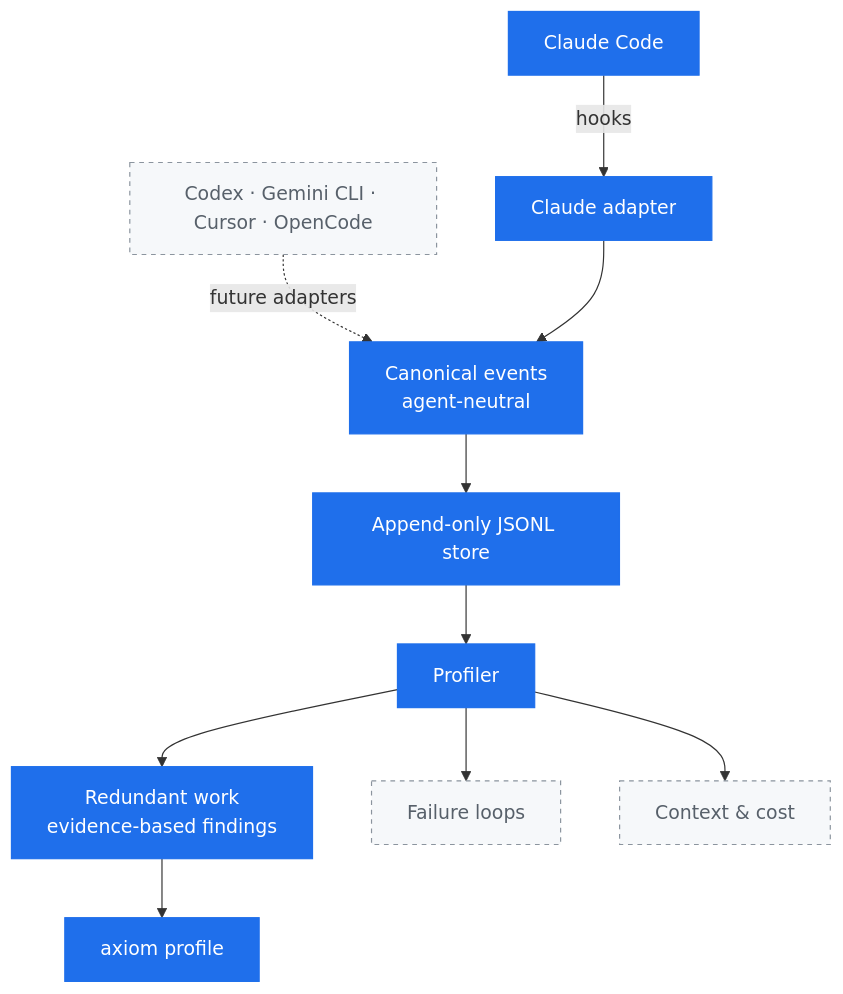
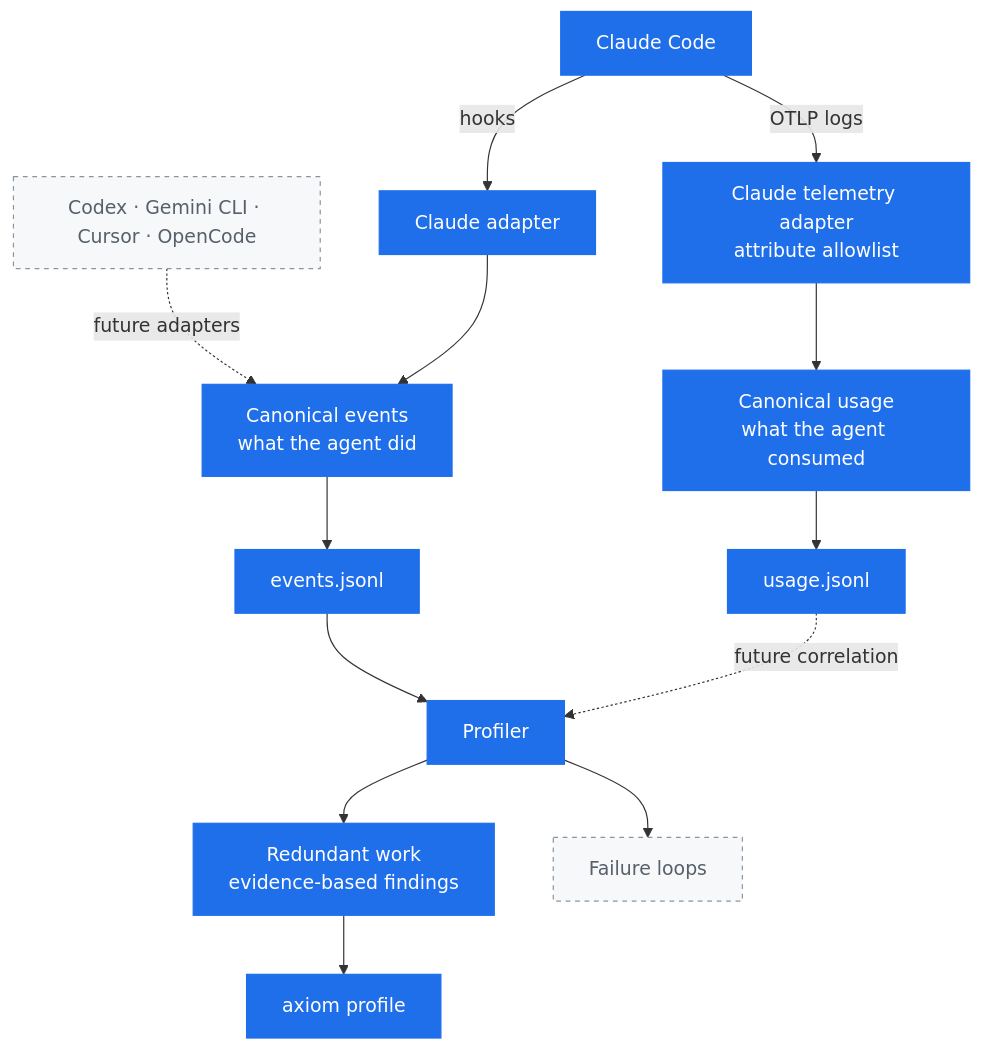
One commit to exequieldeferrari/axiom changed the first of 2 diagrams in README.md. Above: the diagram before and after it, drawn with Mermaid. The commit also changed other lines of this file and 33 other files, not shown here.

Commit message:
feat: add OpenTelemetry usage ingestion

````diff
--- a/README.md
+++ b/README.md
@@ -41,17 +55,22 @@
 ```mermaid
 flowchart TD
     Claude["Claude Code"] -->|hooks| Adapter["Claude adapter"]
+    Claude -->|OTLP logs| Telemetry["Claude telemetry adapter<br/>attribute allowlist"]
     Future["Codex · Gemini CLI · Cursor · OpenCode"] -.->|future adapters| Events
-    Adapter --> Events["Canonical events<br/>agent-neutral"]
-    Events --> Store["Append-only JSONL store"]
-    Store --> Profiler["Profiler"]
+
+    Adapter --> Events["Canonical events<br/>what the agent did"]
+    Telemetry --> Usage["Canonical usage<br/>what the agent consumed"]
+    Events --> EventLog["events.jsonl"]
+    Usage --> UsageLog["usage.jsonl"]
+
+    EventLog --> Profiler["Profiler"]
+    UsageLog -.->|future correlation| Profiler
     Profiler --> Redundant["Redundant work<br/>evidence-based findings"]
     Profiler --> Loops["Failure loops"]
-    Profiler --> Cost["Context & cost"]
     Redundant --> CLI["axiom profile"]
 
     classDef built fill:#1f6feb,stroke:#1f6feb,color:#ffffff
     classDef planned fill:#f6f8fa,stroke:#8b949e,color:#57606a,stroke-dasharray:4 4
-    class Claude,Adapter,Events,Store,Profiler,Redundant,CLI built
-    class Future,Loops,Cost planned
+    class Claude,Adapter,Telemetry,Events,Usage,EventLog,UsageLog,Profiler,Redundant,CLI built
+    class Future,Loops planned
 ```
````
